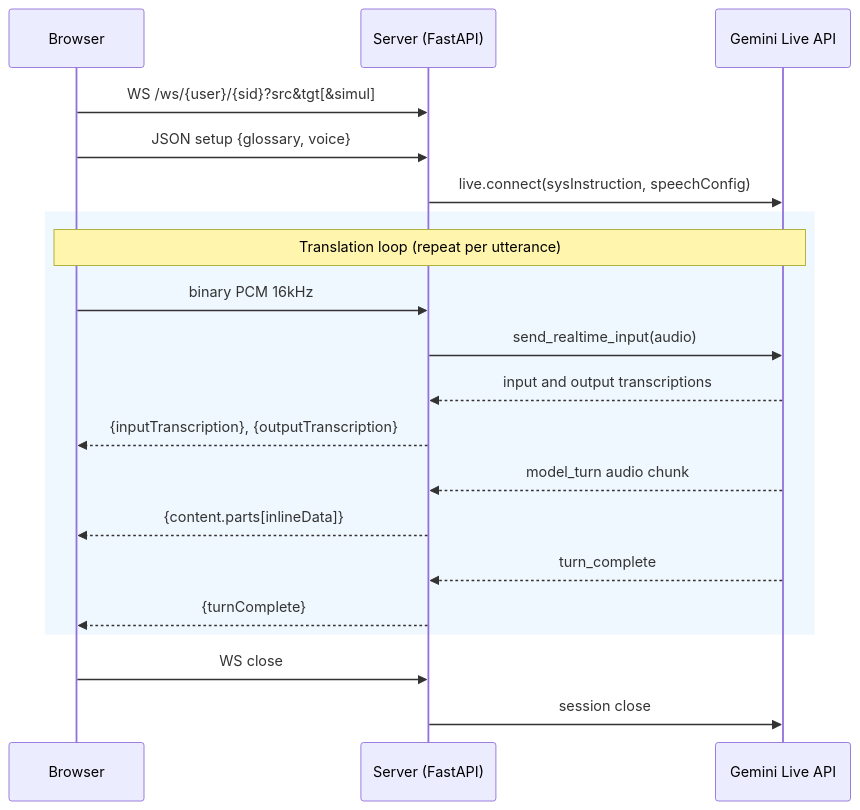
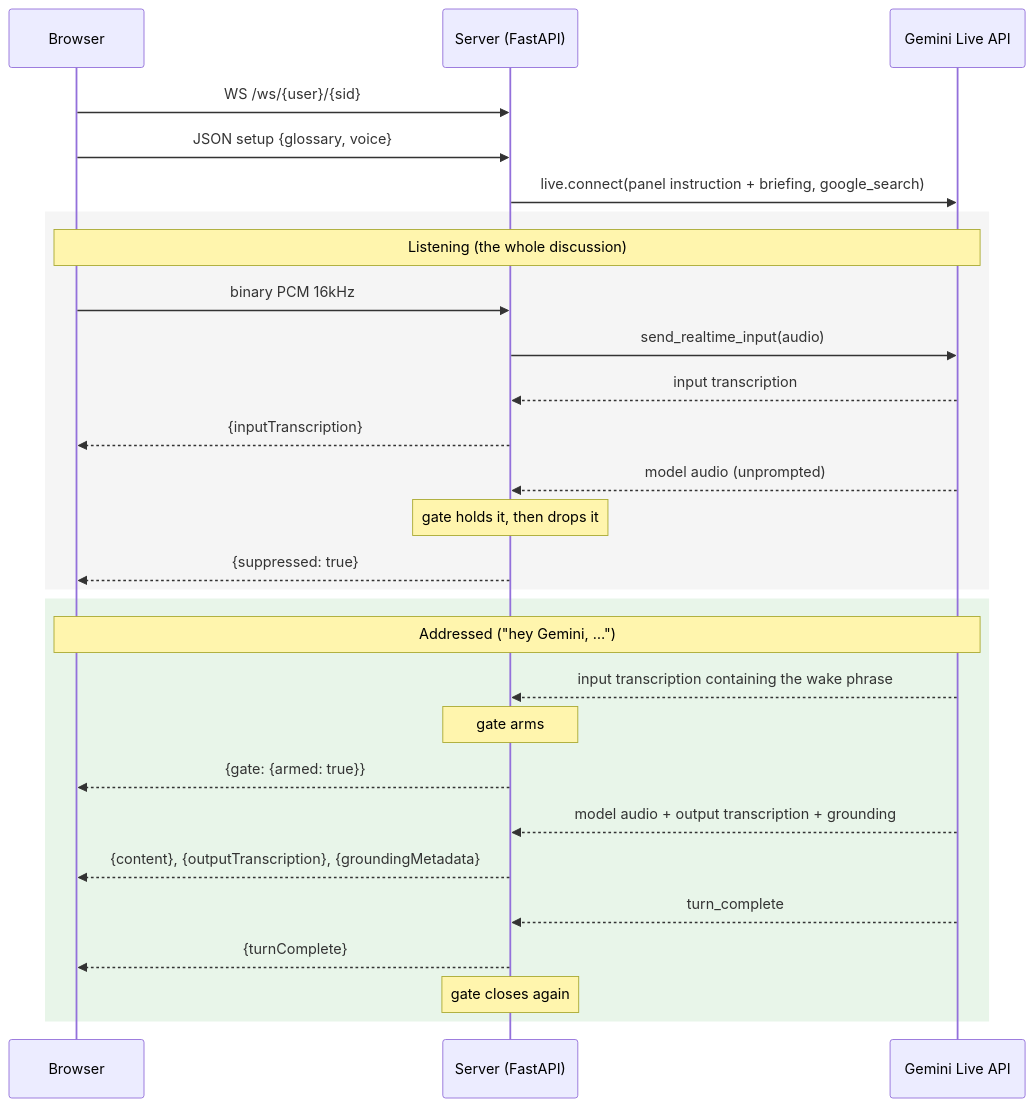
Before and after one commit to kazunori279/live-translator: the first of 3 diagrams in README.md, drawn with Mermaid. The commit also changed other lines of this file and 27 other files, not shown here.

````diff
--- a/README.md
+++ b/README.md
@@ -151,25 +195,33 @@
 ```mermaid
 sequenceDiagram
     participant B as Browser
     participant S as Server (FastAPI)
     participant G as Gemini Live API
 
-    B->>S: WS /ws/{user}/{sid}?src&tgt[&simul]
+    B->>S: WS /ws/{user}/{sid}
     B->>S: JSON setup {glossary, voice}
-    S->>G: live.connect(sysInstruction, speechConfig)
+    S->>G: live.connect(panel instruction + briefing, google_search)
 
-    rect rgb(240, 248, 255)
-    note over B,G: Translation loop (repeat per utterance)
+    rect rgb(245, 245, 245)
+    note over B,G: Listening (the whole discussion)
     B->>S: binary PCM 16kHz
     S->>G: send_realtime_input(audio)
-    G-->>S: input and output transcriptions
-    S-->>B: {inputTranscription}, {outputTranscription}
-    G-->>S: model_turn audio chunk
-    S-->>B: {content.parts[inlineData]}
+    G-->>S: input transcription
+    S-->>B: {inputTranscription}
+    G-->>S: model audio (unprompted)
+    note over S: gate holds it, then drops it
+    S-->>B: {suppressed: true}
+    end
+
+    rect rgb(232, 245, 233)
+    note over B,G: Addressed ("hey Gemini, …")
+    G-->>S: input transcription containing the wake phrase
+    note over S: gate arms
+    S-->>B: {gate: {armed: true}}
+    G-->>S: model audio + output transcription + grounding
+    S-->>B: {content}, {outputTranscription}, {groundingMetadata}
     G-->>S: turn_complete
     S-->>B: {turnComplete}
+    note over S: gate closes again
     end
-
-    B->>S: WS close
-    S->>G: session close
 ```
````
